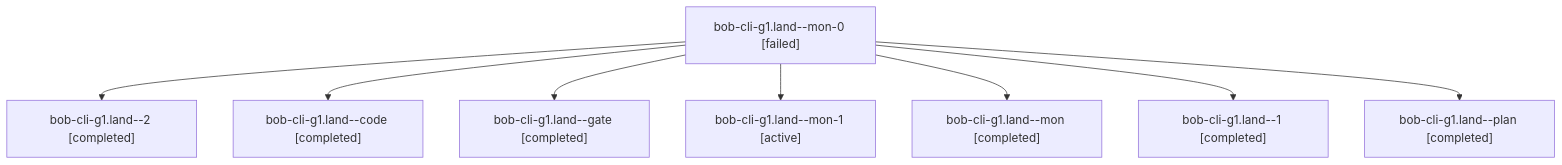
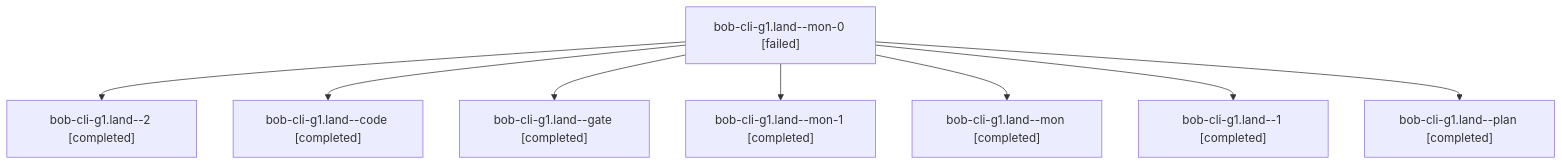
One commit to bobs-org/bob-cli--agents changed the diagram in sessions/bbugyi200.athena.bob-cli-g1.land.md. Above: the diagram before and after it, drawn with Mermaid. The commit also changed other lines of this file and 19 other files, not shown here.

````diff
--- a/sessions/bbugyi200.athena.bob-cli-g1.land.md
+++ b/sessions/bbugyi200.athena.bob-cli-g1.land.md
@@ -9,18 +9,18 @@
 ```mermaid
 flowchart TD
   n0["bob-cli-g1.land--mon-0 [failed]"]
   n1["bob-cli-g1.land--2 [completed]"]
   n0 --> n1
   n2["bob-cli-g1.land--code [completed]"]
   n0 --> n2
   n3["bob-cli-g1.land--gate [completed]"]
   n0 --> n3
-  n4["bob-cli-g1.land--mon-1 [active]"]
+  n4["bob-cli-g1.land--mon-1 [completed]"]
   n0 --> n4
   n5["bob-cli-g1.land--mon [completed]"]
   n0 --> n5
   n6["bob-cli-g1.land--1 [completed]"]
   n0 --> n6
   n7["bob-cli-g1.land--plan [completed]"]
   n0 --> n7
 ```
````
